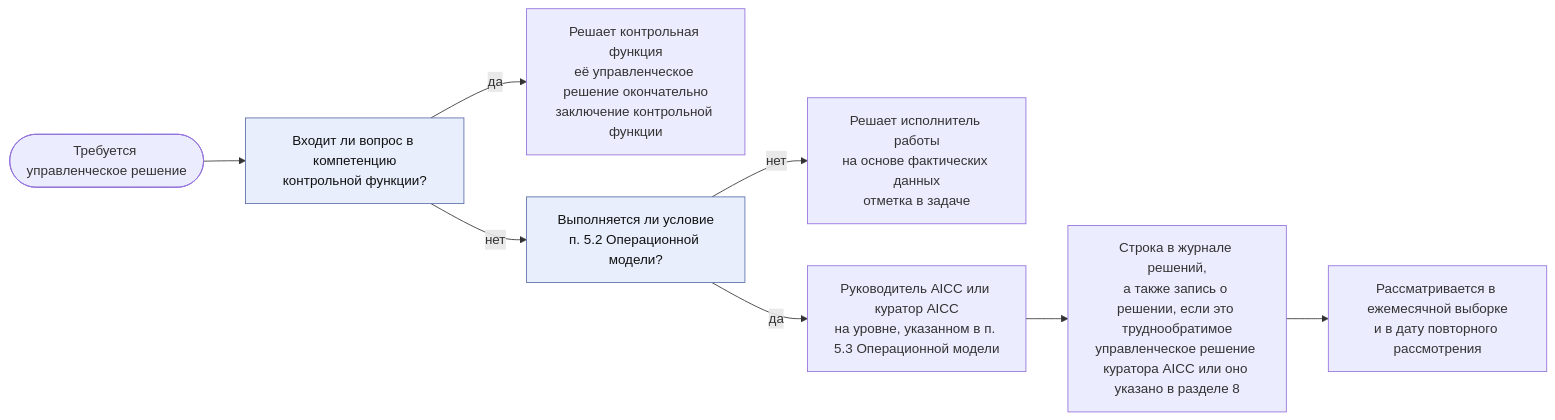
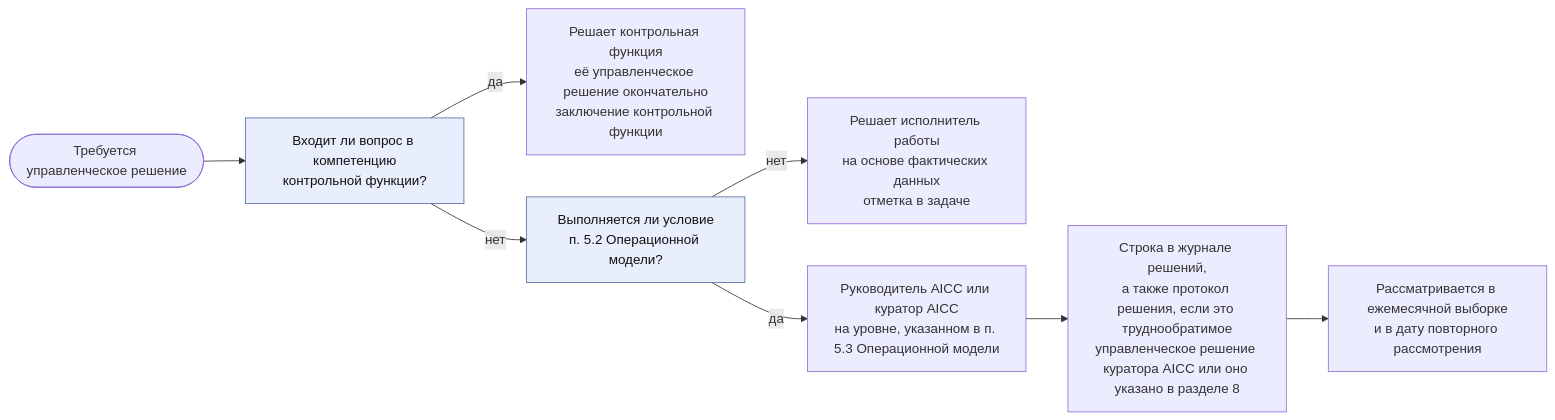
Before and after one commit to devhogu/ob-aicc: the second of 6 diagrams in charter/ru/workflows/unit-governance.md, drawn with Mermaid. The commit also changed other lines of this file and 370 other files, not shown here.

````diff
--- a/charter/ru/workflows/unit-governance.md
+++ b/charter/ru/workflows/unit-governance.md
@@ -50,12 +50,12 @@
 ```mermaid
 flowchart LR
   DEC(["Требуется управленческое решение"]) --> Q1["Входит ли вопрос в компетенцию<br/>контрольной функции?"]
   Q1 -->|"да"| CFD["Решает контрольная функция<br/>её управленческое решение окончательно<br/>заключение контрольной функции"]
   Q1 -->|"нет"| Q2["Выполняется ли условие<br/>п. 5.2 Операционной модели?"]
   Q2 -->|"нет"| TMD["Решает исполнитель работы<br/>на основе фактических данных<br/>отметка в задаче"]
   Q2 -->|"да"| LV["Руководитель AICC или куратор AICC<br/>на уровне, указанном в п. 5.3 Операционной модели"]
-  LV --> LOG["Строка в журнале решений,<br/>а также запись о решении, если это труднообратимое<br/>управленческое решение куратора AICC или оно указано в разделе 8"]
+  LV --> LOG["Строка в журнале решений,<br/>а также протокол решения, если это труднообратимое<br/>управленческое решение куратора AICC или оно указано в разделе 8"]
   LOG --> REV["Рассматривается в ежемесячной выборке<br/>и в дату повторного рассмотрения"]
   classDef gate fill:#e8eefc,stroke:#5a6fa8,color:#111
   class Q1,Q2 gate
 ```
````
